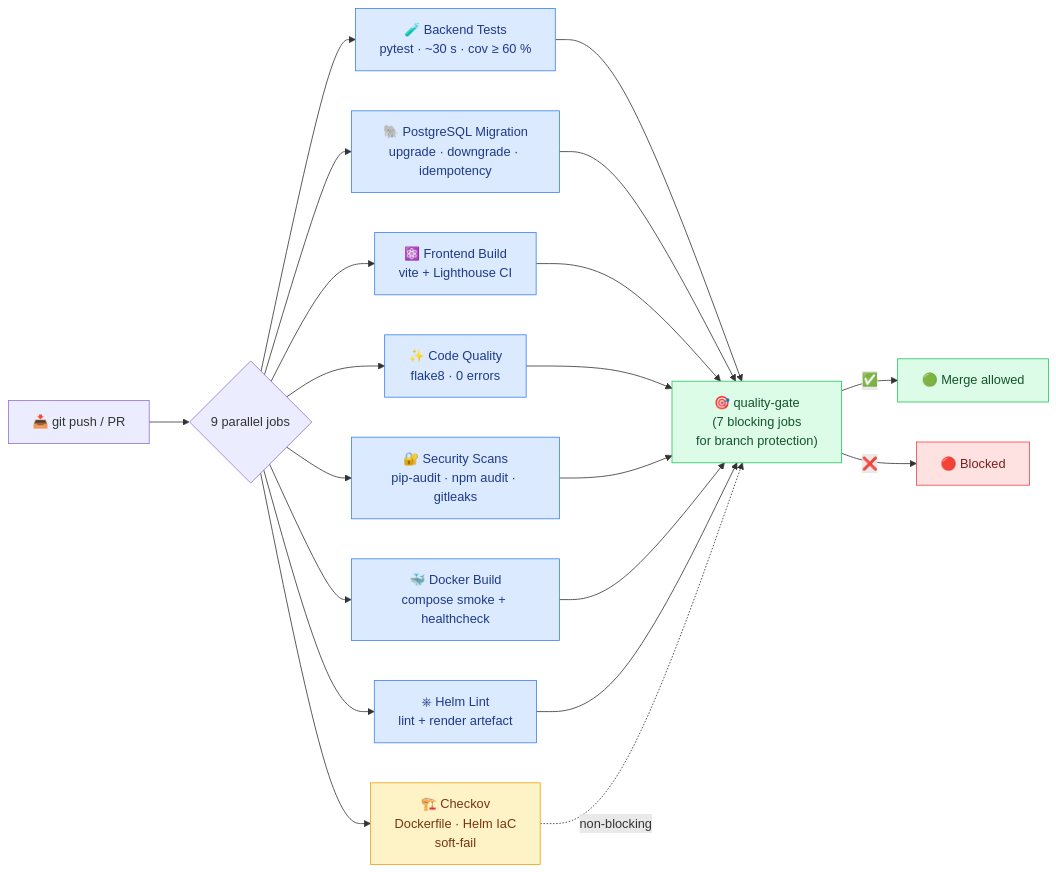
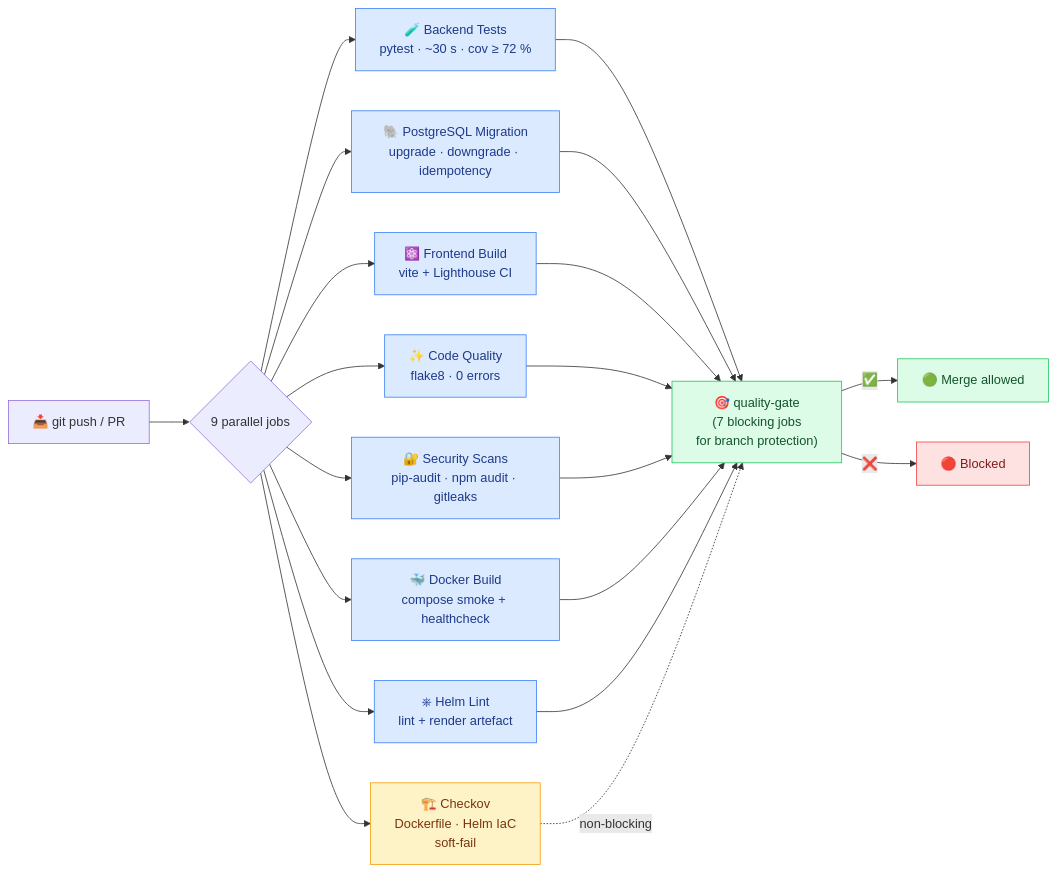
One commit to omarbabba779xx/CyberTwin-SOC changed diagram 16 of 19 in README.md. Above: the diagram before and after it, drawn with Mermaid. The commit also changed other lines of this file and 28 other files, not shown here.

````diff
--- a/README.md
+++ b/README.md
@@ -1098,27 +1150,27 @@
 ```mermaid
 flowchart LR
     PUSH["📥 git push / PR"] --> JOBS{9 parallel jobs}
 
-    JOBS --> J1["🧪 Backend Tests<br/>pytest · ~30 s · cov ≥ 60 %"]
+    JOBS --> J1["🧪 Backend Tests<br/>pytest · ~30 s · cov ≥ 72 %"]
     JOBS --> J2["🐘 PostgreSQL Migration<br/>upgrade · downgrade · idempotency"]
     JOBS --> J3["⚛️ Frontend Build<br/>vite + Lighthouse CI"]
     JOBS --> J4["✨ Code Quality<br/>flake8 · 0 errors"]
     JOBS --> J5["🔐 Security Scans<br/>pip-audit · npm audit · gitleaks"]
     JOBS --> J6["🐳 Docker Build<br/>compose smoke + healthcheck"]
     JOBS --> J7["⎈ Helm Lint<br/>lint + render artefact"]
     JOBS --> J8["🏗️ Checkov<br/>Dockerfile · Helm IaC<br/>soft-fail"]
 
     J1 & J2 & J3 & J4 & J5 & J6 & J7 --> QG["🎯 quality-gate<br/>(7 blocking jobs<br/>for branch protection)"]
     J8 -.->|non-blocking| QG
     QG -->|✅| MERGE["🟢 Merge allowed"]
     QG -->|❌| BLOCK["🔴 Blocked"]
 
     classDef job fill:#dbeafe,stroke:#3b82f6,color:#1e3a8a
     classDef soft fill:#fef3c7,stroke:#f59e0b,color:#78350f
     classDef pass fill:#dcfce7,stroke:#22c55e,color:#14532d
     classDef fail fill:#fee2e2,stroke:#ef4444,color:#7f1d1d
     class J1,J2,J3,J4,J5,J6,J7 job
     class J8 soft
     class QG,MERGE pass
     class BLOCK fail
 ```
````
